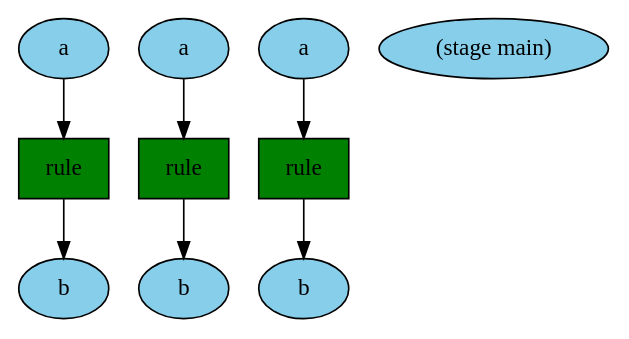
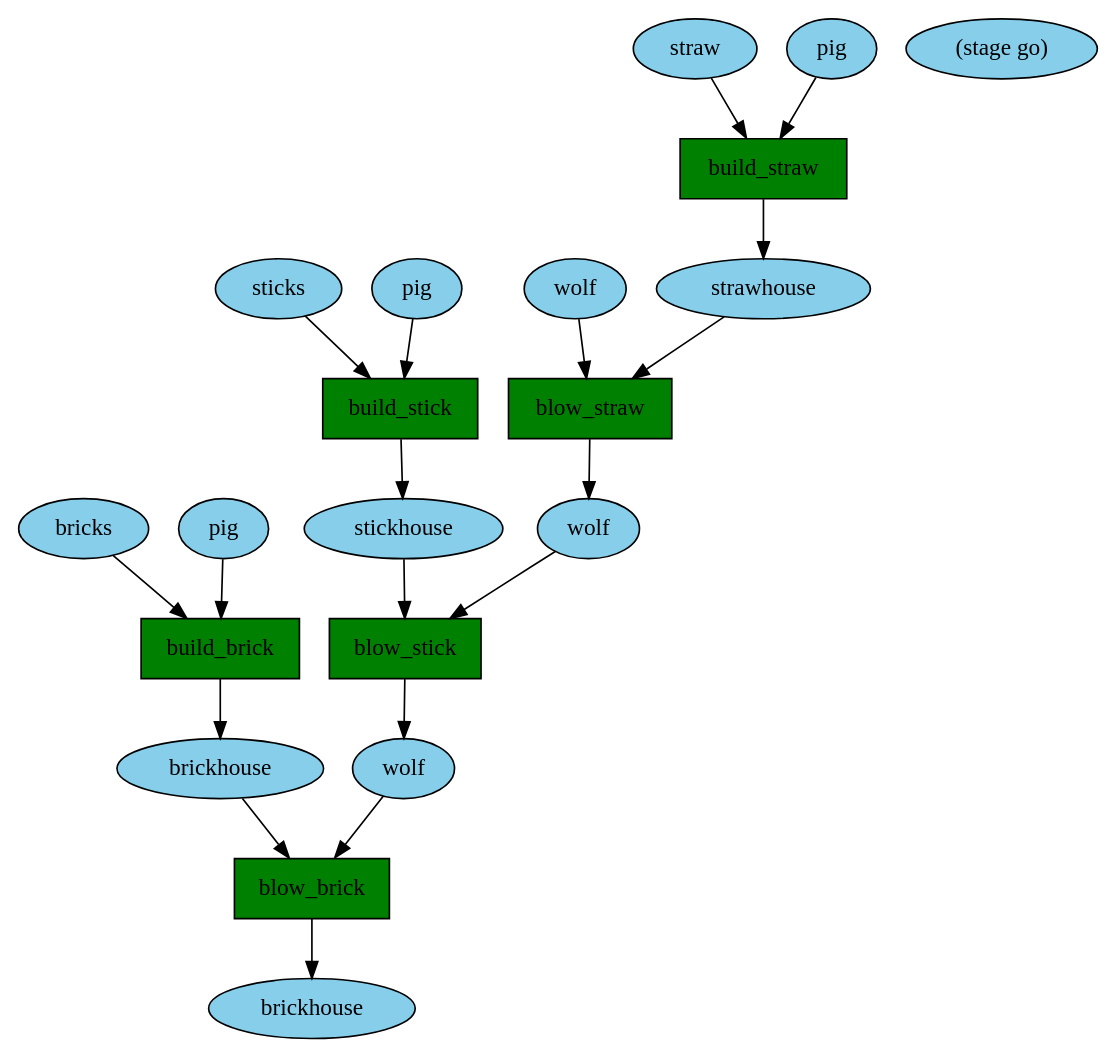
The diagram in Thesis/Assets/StreamingAssets/Ceptre/trace.dot (JulianDeclercq/Serious-Games-Thesis), drawn with Graphviz before and after one commit. The commit also changed 5 other files, not shown here.

```diff
--- a/Thesis/Assets/StreamingAssets/Ceptre/trace.dot
+++ b/Thesis/Assets/StreamingAssets/Ceptre/trace.dot
@@ -1,18 +1,40 @@
 digraph {
-x3 [style=filled,fillcolor=skyblue,label="a"];
-x2 [style=filled,fillcolor=skyblue,label="a"];
-x1 [style=filled,fillcolor=skyblue,label="a"];
-x0 [style=filled,fillcolor=skyblue,label="(stage main)"];
-t0 [shape=box,style=filled,fillcolor=green,label="rule\n"];
-x4 [style=filled,fillcolor=skyblue,label="b"];
-x2 -> t0;
-t0 -> x4;
-t1 [shape=box,style=filled,fillcolor=green,label="rule\n"];
-x5 [style=filled,fillcolor=skyblue,label="b"];
-x3 -> t1;
-t1 -> x5;
-t2 [shape=box,style=filled,fillcolor=green,label="rule\n"];
-x6 [style=filled,fillcolor=skyblue,label="b"];
-x1 -> t2;
-t2 -> x6;
+x7 [style=filled,fillcolor=skyblue,label="bricks"];
+x6 [style=filled,fillcolor=skyblue,label="sticks"];
+x5 [style=filled,fillcolor=skyblue,label="straw"];
+x4 [style=filled,fillcolor=skyblue,label="wolf"];
+x3 [style=filled,fillcolor=skyblue,label="pig"];
+x2 [style=filled,fillcolor=skyblue,label="pig"];
+x1 [style=filled,fillcolor=skyblue,label="pig"];
+x0 [style=filled,fillcolor=skyblue,label="(stage go)"];
+t0 [shape=box,style=filled,fillcolor=green,label="build_brick\n"];
+x8 [style=filled,fillcolor=skyblue,label="brickhouse"];
+x1 -> t0;
+x7 -> t0;
+t0 -> x8;
+t1 [shape=box,style=filled,fillcolor=green,label="build_stick\n"];
+x9 [style=filled,fillcolor=skyblue,label="stickhouse"];
+x2 -> t1;
+x6 -> t1;
+t1 -> x9;
+t2 [shape=box,style=filled,fillcolor=green,label="build_straw\n"];
+x10 [style=filled,fillcolor=skyblue,label="strawhouse"];
+x3 -> t2;
+x5 -> t2;
+t2 -> x10;
+t3 [shape=box,style=filled,fillcolor=green,label="blow_straw\n"];
+x11 [style=filled,fillcolor=skyblue,label="wolf"];
+x4 -> t3;
+x10 -> t3;
+t3 -> x11;
+t4 [shape=box,style=filled,fillcolor=green,label="blow_stick\n"];
+x12 [style=filled,fillcolor=skyblue,label="wolf"];
+x11 -> t4;
+x9 -> t4;
+t4 -> x12;
+t5 [shape=box,style=filled,fillcolor=green,label="blow_brick\n"];
+x13 [style=filled,fillcolor=skyblue,label="brickhouse"];
+x12 -> t5;
+x8 -> t5;
+t5 -> x13;
 }
```
